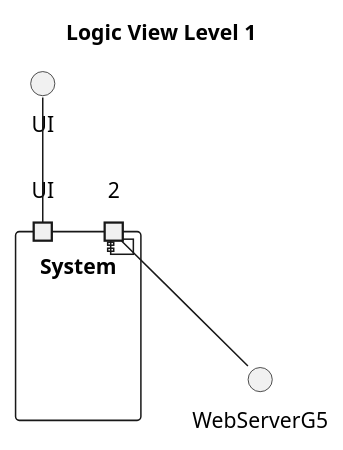
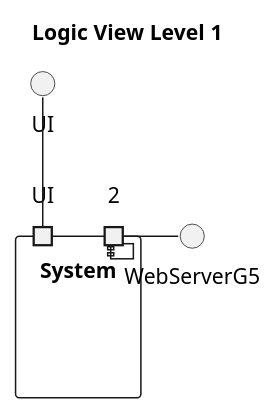
The diagram in docs/Views/Level 1/VLN1.puml (nunogon1211787/projectManagement), drawn with PlantUML before and after one commit. The commit also changed 7 other files, not shown here.

```diff
--- a/docs/Views/Level 1/VLN1.puml
+++ b/docs/Views/Level 1/VLN1.puml
@@ -1,13 +1,13 @@
 @startuml
 
 title Logic View Level 1
 
 component System {
 port UI as 1
 port 2
 }
 
 1 -up- UI
-2 -- WebServerG5
+2 -right- WebServerG5
 
 @enduml
```
